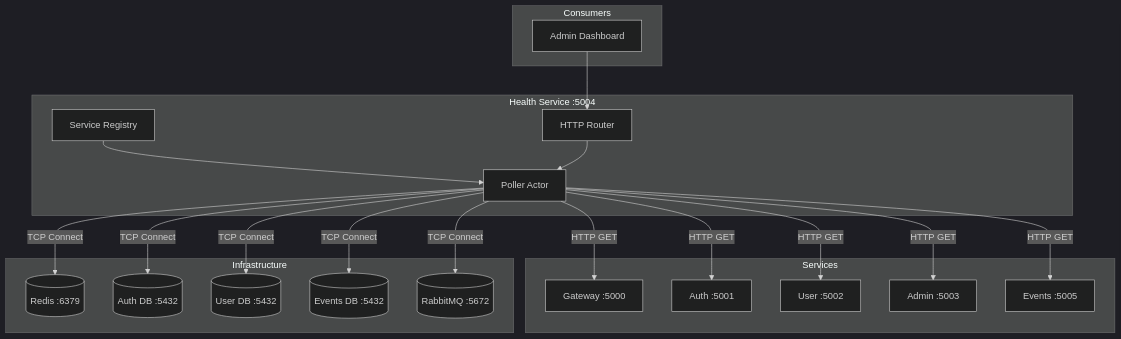
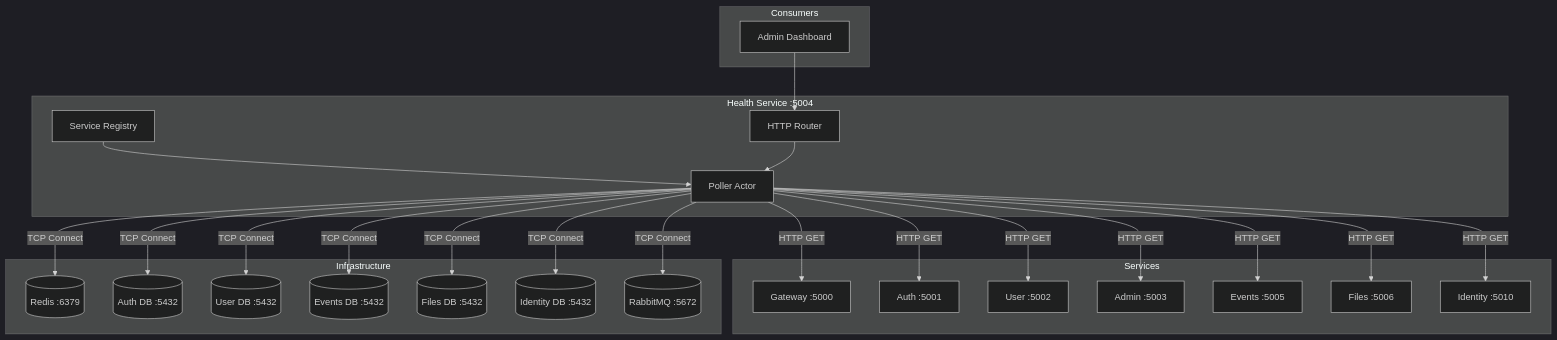
The first of 4 diagrams in docs/guide/services/health.md (Nechja/hellArch), drawn with Mermaid (dark theme) before and after one commit. The commit also changed other lines of this file and 34 other files, not shown here.

````diff
--- a/docs/guide/services/health.md
+++ b/docs/guide/services/health.md
@@ -17,42 +17,50 @@
 ```mermaid
 graph TB
     subgraph Health Service :5004
         POLLER[Poller Actor]
         ROUTER[HTTP Router]
         REG[Service Registry]
     end
 
     subgraph Services
         GW[Gateway :5000]
         AUTH[Auth :5001]
         USER[User :5002]
         ADMIN[Admin :5003]
         EVENTS[Events :5005]
+        FILES[Files :5006]
+        IDENTITY[Identity :5010]
     end
 
     subgraph Infrastructure
         REDIS[(Redis :6379)]
         AUTHDB[(Auth DB :5432)]
         USERDB[(User DB :5432)]
         EVENTSDB[(Events DB :5432)]
+        FILESDB[(Files DB :5432)]
+        IDENTITYDB[(Identity DB :5432)]
         RMQ[(RabbitMQ :5672)]
     end
 
     subgraph Consumers
         DASHBOARD[Admin Dashboard]
     end
 
     REG --> POLLER
     POLLER -->|HTTP GET| GW
     POLLER -->|HTTP GET| AUTH
     POLLER -->|HTTP GET| USER
     POLLER -->|HTTP GET| ADMIN
     POLLER -->|HTTP GET| EVENTS
+    POLLER -->|HTTP GET| FILES
+    POLLER -->|HTTP GET| IDENTITY
     POLLER -->|TCP Connect| REDIS
     POLLER -->|TCP Connect| AUTHDB
     POLLER -->|TCP Connect| USERDB
     POLLER -->|TCP Connect| EVENTSDB
+    POLLER -->|TCP Connect| FILESDB
+    POLLER -->|TCP Connect| IDENTITYDB
     POLLER -->|TCP Connect| RMQ
     ROUTER --> POLLER
     DASHBOARD --> ROUTER
 ```
````
